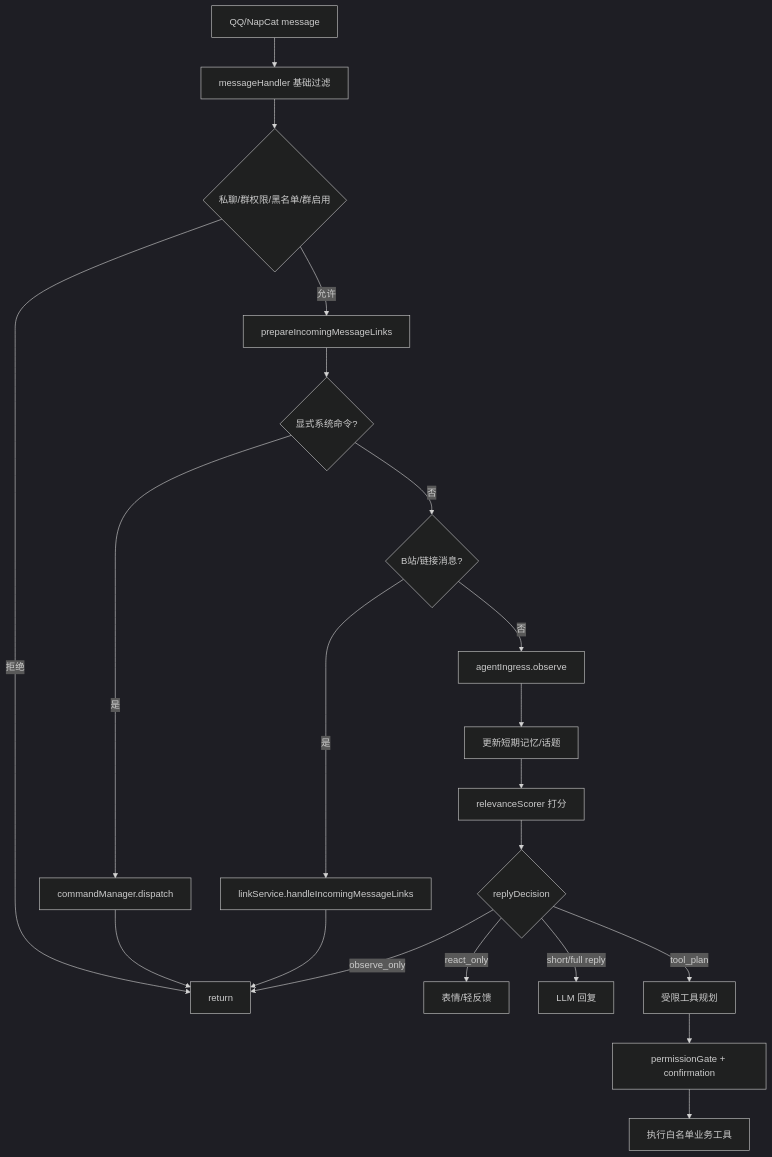
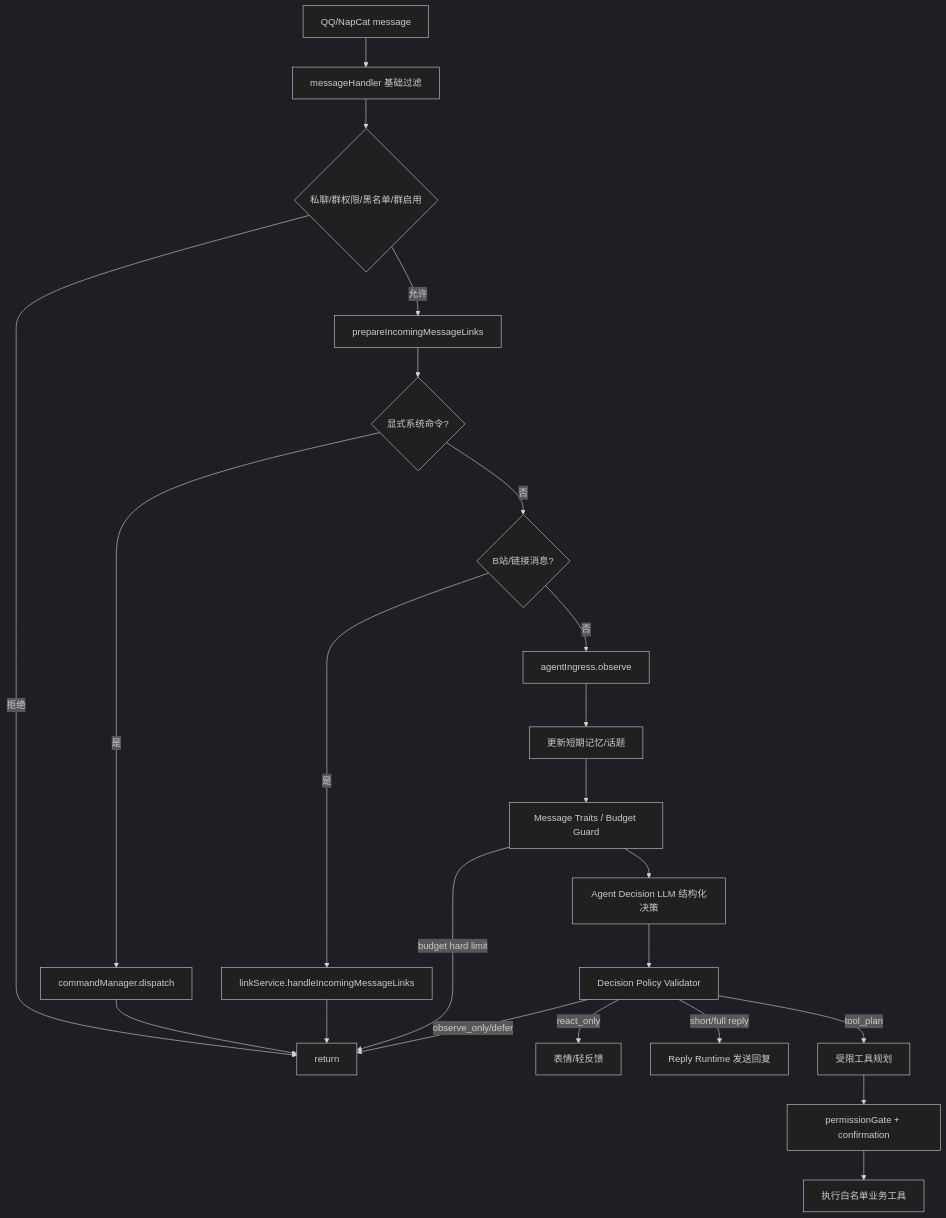
The diagram in docs/plans/2026-04-24-agent-runtime-redesign-plan.md (UnsplashZ/bili-qq-bot), drawn with Mermaid (dark theme) before and after one commit. The commit also changed other lines of this file and 10 other files, not shown here.

First line of the commit message:
feat: 支持 Agent LLM 影子决策

````diff
--- a/docs/plans/2026-04-24-agent-runtime-redesign-plan.md
+++ b/docs/plans/2026-04-24-agent-runtime-redesign-plan.md
@@ -148,23 +148,25 @@
 ```mermaid
 flowchart TD
   A[QQ/NapCat message] --> B[messageHandler 基础过滤]
   B --> C{私聊/群权限/黑名单/群启用}
   C -->|拒绝| X[return]
   C -->|允许| D[prepareIncomingMessageLinks]
   D --> E{显式系统命令?}
   E -->|是| F[commandManager.dispatch]
   F --> X
   E -->|否| G{B站/链接消息?}
   G -->|是| H[linkService.handleIncomingMessageLinks]
   H --> X
   G -->|否| I[agentIngress.observe]
   I --> J[更新短期记忆/话题]
-  J --> K[relevanceScorer 打分]
-  K --> L{replyDecision}
-  L -->|observe_only| X
-  L -->|react_only| M[表情/轻反馈]
-  L -->|short/full reply| N[LLM 回复]
-  L -->|tool_plan| O[受限工具规划]
+  J --> K[Message Traits / Budget Guard]
+  K -->|budget hard limit| X
+  K --> L[Agent Decision LLM 结构化决策]
+  L --> V[Decision Policy Validator]
+  V -->|observe_only/defer| X
+  V -->|react_only| M[表情/轻反馈]
+  V -->|short/full reply| N[Reply Runtime 发送回复]
+  V -->|tool_plan| O[受限工具规划]
   O --> P[permissionGate + confirmation]
   P --> Q[执行白名单业务工具]
 ```
````
